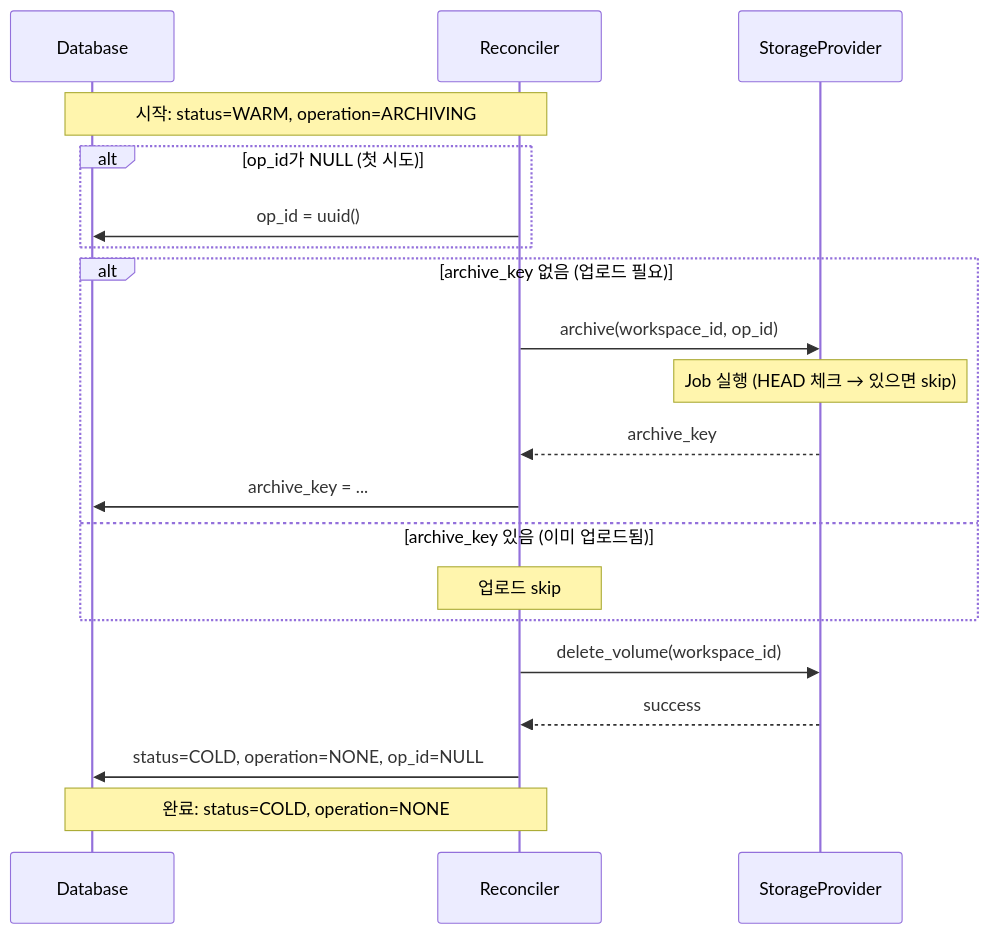
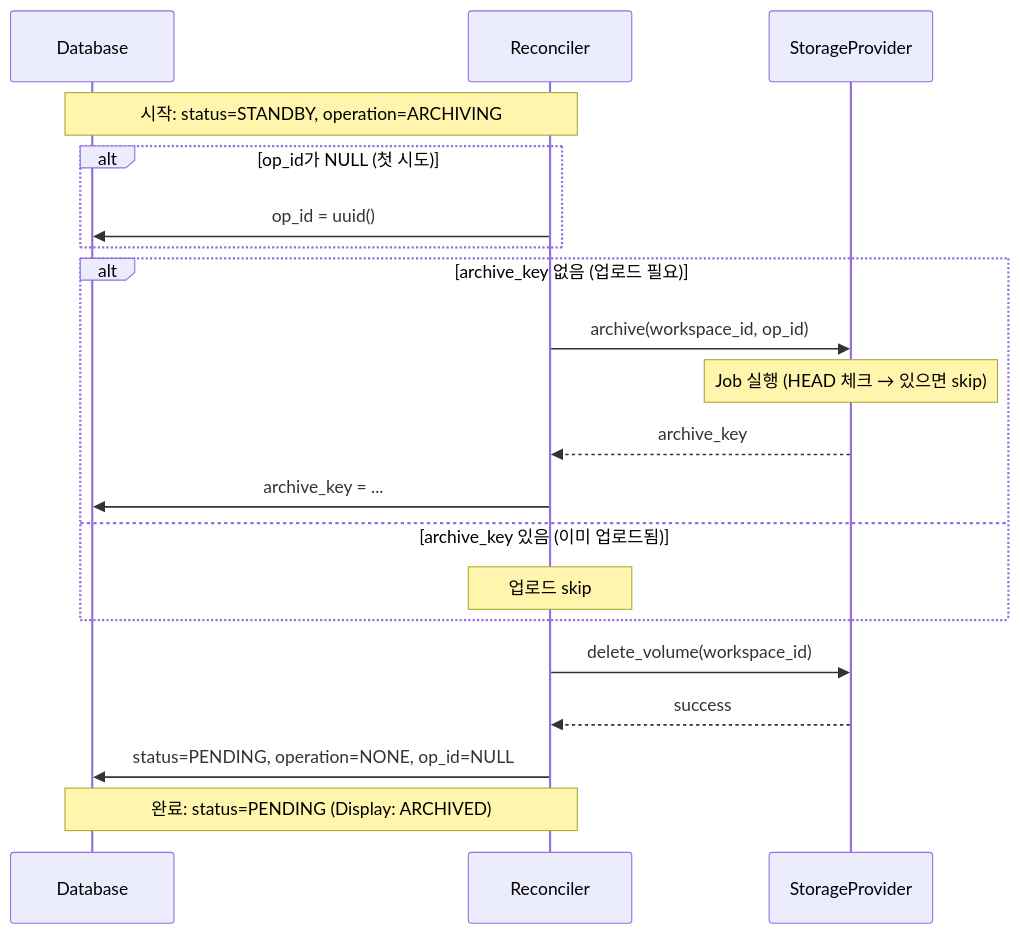
The fourth of 5 diagrams in docs/spec_v2/storage-operations.md (cagojeiger/code-hub), drawn with Mermaid before and after one commit. The commit also changed other lines of this file and 11 other files, not shown here.

````diff
--- a/docs/spec_v2/storage-operations.md
+++ b/docs/spec_v2/storage-operations.md
@@ -126,26 +176,26 @@
 ```mermaid
 sequenceDiagram
     participant DB as Database
     participant R as Reconciler
     participant S as StorageProvider
 
-    Note over DB,R: 시작: status=WARM, operation=ARCHIVING
+    Note over DB,R: 시작: status=STANDBY, operation=ARCHIVING
     alt op_id가 NULL (첫 시도)
         R->>DB: op_id = uuid()
     end
 
     alt archive_key 없음 (업로드 필요)
         R->>S: archive(workspace_id, op_id)
         Note over S: Job 실행 (HEAD 체크 → 있으면 skip)
         S-->>R: archive_key
         R->>DB: archive_key = ...
     else archive_key 있음 (이미 업로드됨)
         Note over R: 업로드 skip
     end
 
     R->>S: delete_volume(workspace_id)
     S-->>R: success
 
-    R->>DB: status=COLD, operation=NONE, op_id=NULL
-    Note over DB,R: 완료: status=COLD, operation=NONE
+    R->>DB: status=PENDING, operation=NONE, op_id=NULL
+    Note over DB,R: 완료: status=PENDING (Display: ARCHIVED)
 ```
````
